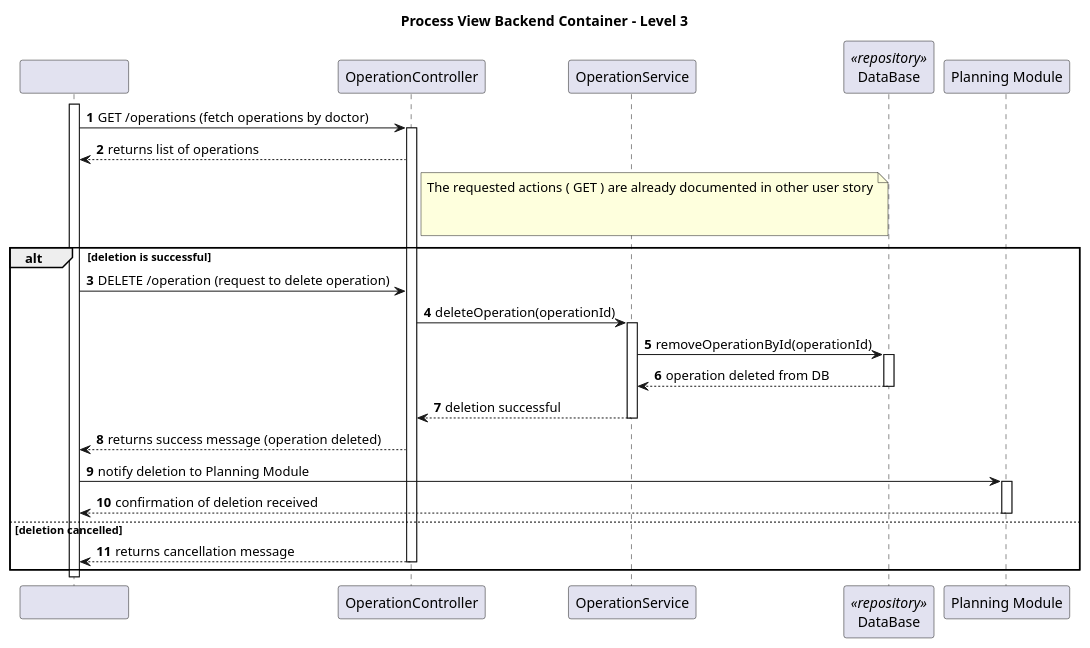
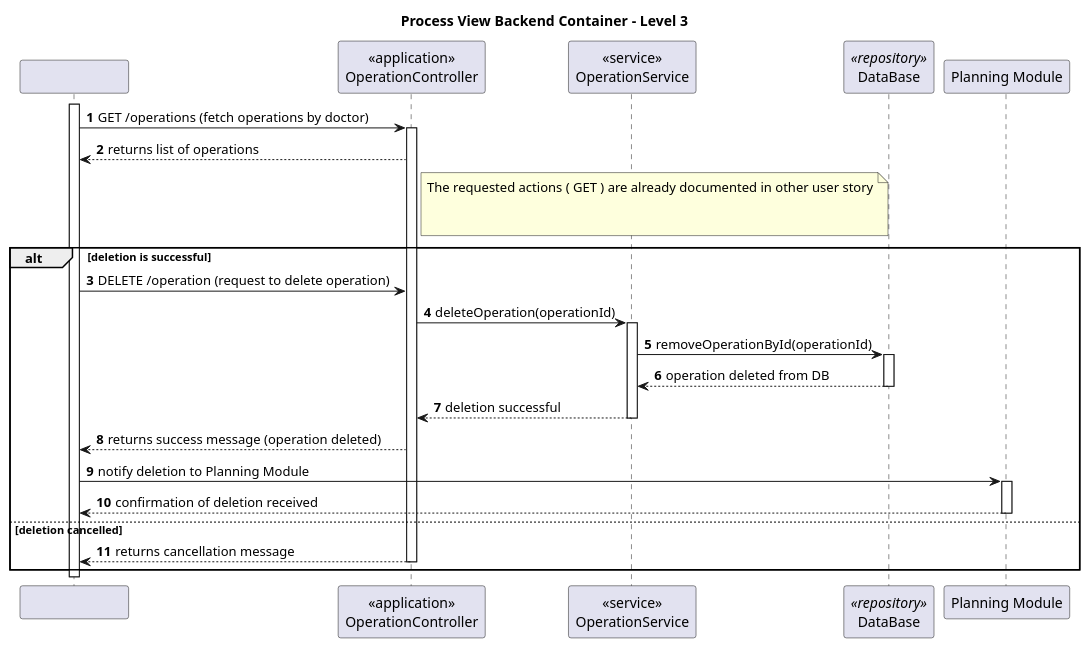
The diagram in Docs/SprintA/US18/level3/process_view.puml (Saquinho74/LAPR5), drawn with PlantUML before and after one commit. The commit also changed 3 other files, not shown here.

```diff
--- a/Docs/SprintA/US18/level3/process_view.puml
+++ b/Docs/SprintA/US18/level3/process_view.puml
@@ -1,83 +1,83 @@
 @startuml
 'https://plantuml.com/sequence-diagram
 
 autonumber
 
 participant "                          " as sys
-participant "OperationController" as ctrl
-participant "OperationService" as serv
+participant "<<application>>\nOperationController" as ctrl
+participant "<<service>>\nOperationService" as serv
 participant "DataBase" as repo <<repository>>
 participant "Planning Module" as planning
 
 title Process View Backend Container - Level 3
 
 activate sys
 
 
 sys -> ctrl : GET /operations (fetch operations by doctor)
 
 activate ctrl
 
 ctrl --> sys: returns list of operations
 
 
 note right of ctrl
   The requested actions ( GET ) are already documented in other user story
 
 
 end note
 
 
 
 
 
 deactivate repo
 
 
 deactivate serv
 
 
 
 
 alt deletion is successful
 
 sys -> ctrl : DELETE /operation (request to delete operation)
 
     ctrl -> serv: deleteOperation(operationId)
 
     activate serv
 
     serv -> repo: removeOperationById(operationId)
 
     activate repo
 
     repo --> serv: operation deleted from DB
 
     deactivate repo
 
     serv --> ctrl: deletion successful
 
     deactivate serv
 
     ctrl --> sys: returns success message (operation deleted)
 
     sys -> planning: notify deletion to Planning Module
 
     activate planning
 
     planning --> sys: confirmation of deletion received
 
     deactivate planning
 
 else deletion cancelled
 
     ctrl --> sys: returns cancellation message
 
     deactivate ctrl
 
 end
 
 deactivate sys
 deactivate ctrl
 
 @enduml
```
